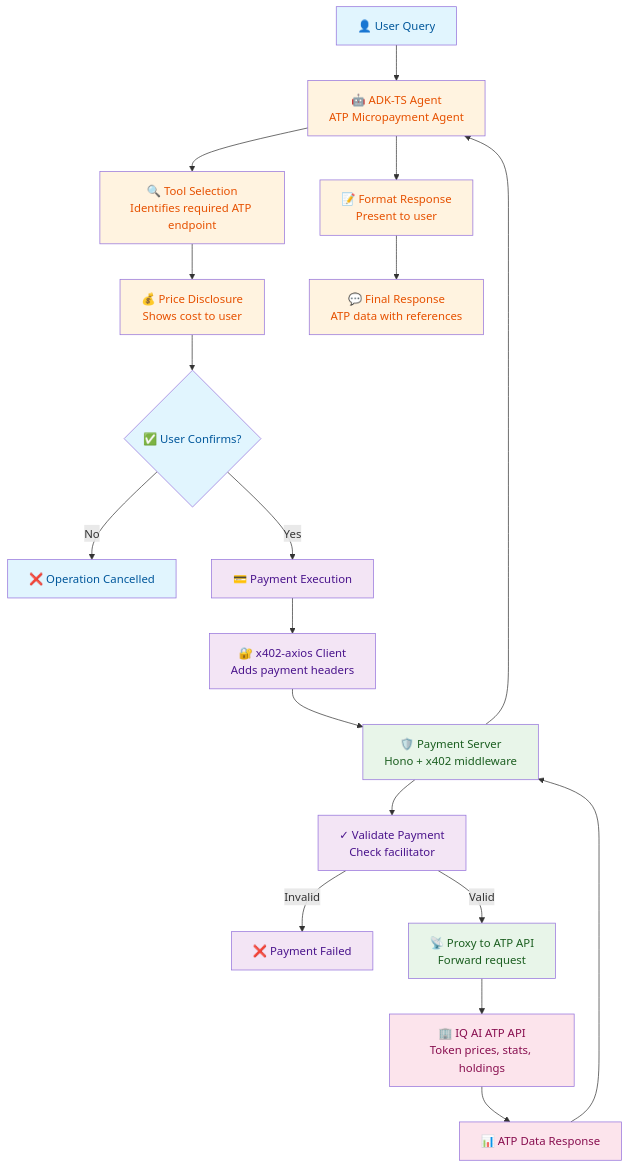
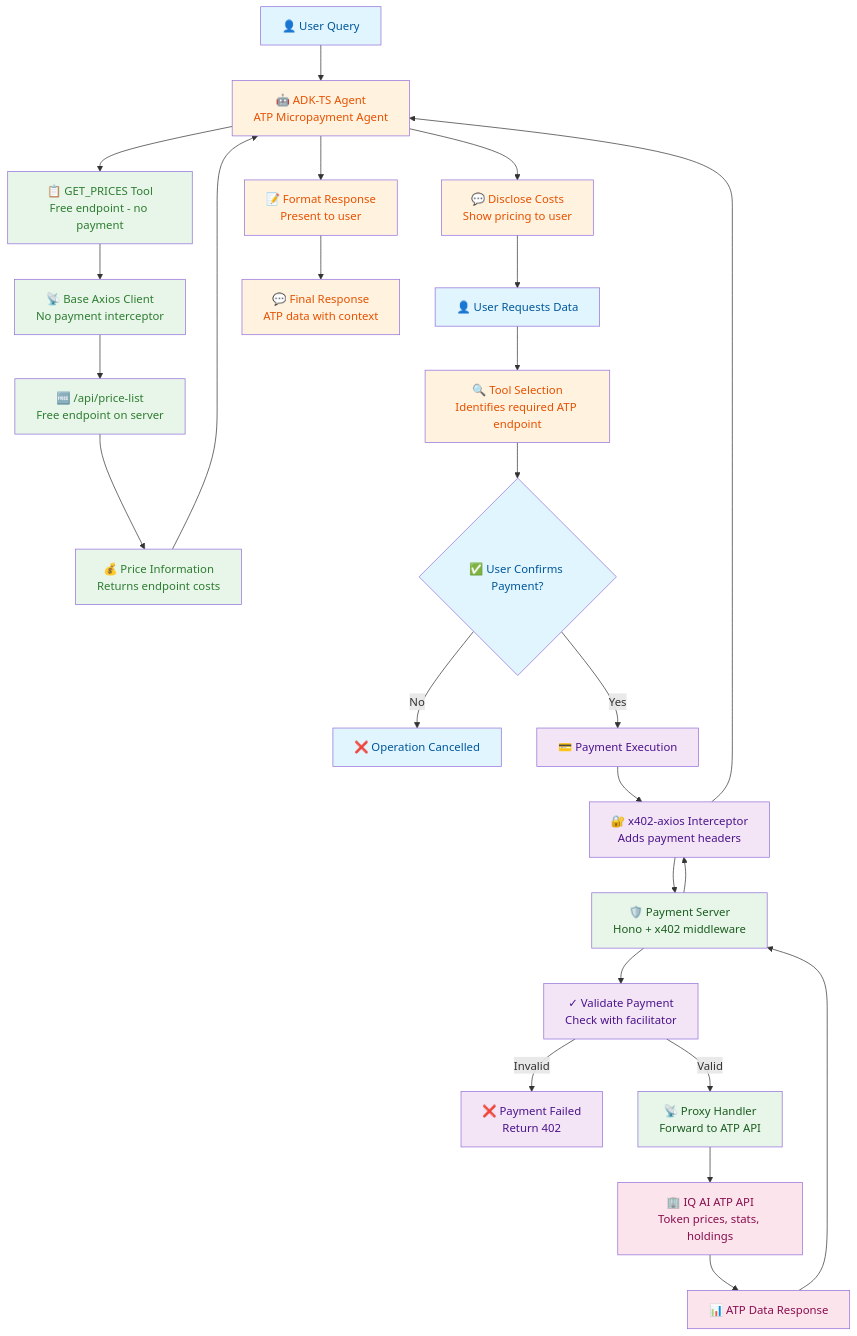
The diagram in agents/atp-micropayment-agent/README.md (IQAIcom/adk-ts-samples), drawn with Mermaid before and after one commit.

Commit message:
fix: Update README.md to clarify price fetching and user interaction flow in ATP micropayment agent

````diff
--- a/agents/atp-micropayment-agent/README.md
+++ b/agents/atp-micropayment-agent/README.md
@@ -59,46 +59,59 @@
 ```mermaid
 graph TB
     %% User Interaction
     User[👤 User Query] --> Agent[🤖 ADK-TS Agent<br/>ATP Micropayment Agent]
     
-    %% Agent Processing
-    Agent --> ToolSelection[🔍 Tool Selection<br/>Identifies required ATP endpoint]
-    ToolSelection --> PriceDisclosure[💰 Price Disclosure<br/>Shows cost to user]
+    %% Initial Price Fetch (Free)
+    Agent --> GetPrices[📋 GET_PRICES Tool<br/>Free endpoint - no payment]
+    GetPrices --> baseApiClient[📡 Base Axios Client<br/>No payment interceptor]
+    baseApiClient --> PriceListEndpoint[🆓 /api/price-list<br/>Free endpoint on server]
+    PriceListEndpoint --> PriceResponse[💰 Price Information<br/>Returns endpoint costs]
+    
+    %% Agent shows prices to user
+    PriceResponse --> Agent
+    Agent --> ShowPrices[💬 Disclose Costs<br/>Show pricing to user]
+    
+    %% User makes request for paid data
+    ShowPrices --> UserRequest[👤 User Requests Data]
+    UserRequest --> ToolSelection[🔍 Tool Selection<br/>Identifies required ATP endpoint]
     
     %% User Confirmation
-    PriceDisclosure --> Confirmation{✅ User Confirms?}
+    ToolSelection --> Confirmation{✅ User Confirms Payment?}
     Confirmation -->|No| Cancel[❌ Operation Cancelled]
     Confirmation -->|Yes| Payment[💳 Payment Execution]
     
-    %% Payment Flow
-    Payment --> x402Client[🔐 x402-axios Client<br/>Adds payment headers]
+    %% Payment Flow via x402-axios
+    Payment --> x402Client[🔐 x402-axios Interceptor<br/>Adds payment headers]
     x402Client --> PaymentServer[🛡️ Payment Server<br/>Hono + x402 middleware]
     
     %% Server Processing
-    PaymentServer --> Validate[✓ Validate Payment<br/>Check facilitator]
-    Validate -->|Invalid| PaymentError[❌ Payment Failed]
-    Validate -->|Valid| ProxyRequest[📡 Proxy to ATP API<br/>Forward request]
+    PaymentServer --> Validate[✓ Validate Payment<br/>Check with facilitator]
+    Validate -->|Invalid| PaymentError[❌ Payment Failed<br/>Return 402]
+    Validate -->|Valid| ProxyRequest[📡 Proxy Handler<br/>Forward to ATP API]
     
     %% ATP API
     ProxyRequest --> ATPAPI[🏢 IQ AI ATP API<br/>Token prices, stats, holdings]
     ATPAPI --> Response[📊 ATP Data Response]
     
     %% Return Flow
     Response --> PaymentServer
-    PaymentServer --> Agent
+    PaymentServer --> x402Client
+    x402Client --> Agent
     Agent --> Format[📝 Format Response<br/>Present to user]
-    Format --> UserResponse[💬 Final Response<br/>ATP data with references]
+    Format --> UserResponse[💬 Final Response<br/>ATP data with context]
 
     %% Styling
     classDef userLayer fill:#e1f5fe,color:#01579b
     classDef agentLayer fill:#fff3e0,color:#e65100
     classDef paymentLayer fill:#f3e5f5,color:#4a148c
     classDef serverLayer fill:#e8f5e9,color:#1b5e20
     classDef apiLayer fill:#fce4ec,color:#880e4f
+    classDef freeLayer fill:#e8f5e9,color:#2e7d32
 
-    class User,Confirmation,Cancel userLayer
-    class Agent,ToolSelection,PriceDisclosure,Format,UserResponse agentLayer
+    class User,Confirmation,Cancel,UserRequest userLayer
+    class Agent,ToolSelection,ShowPrices,Format,UserResponse agentLayer
     class Payment,x402Client,Validate,PaymentError paymentLayer
     class PaymentServer,ProxyRequest serverLayer
     class ATPAPI,Response apiLayer
+    class GetPrices,baseApiClient,PriceListEndpoint,PriceResponse freeLayer
 ```
````
